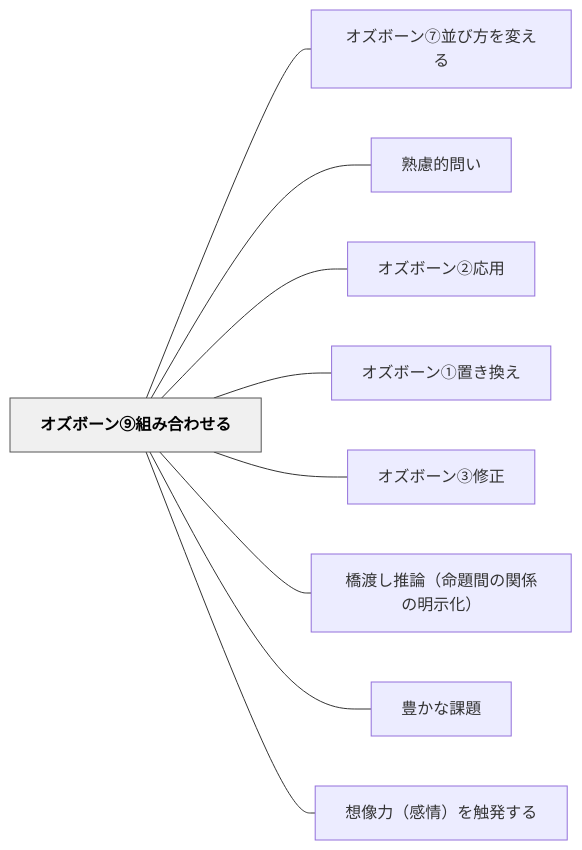
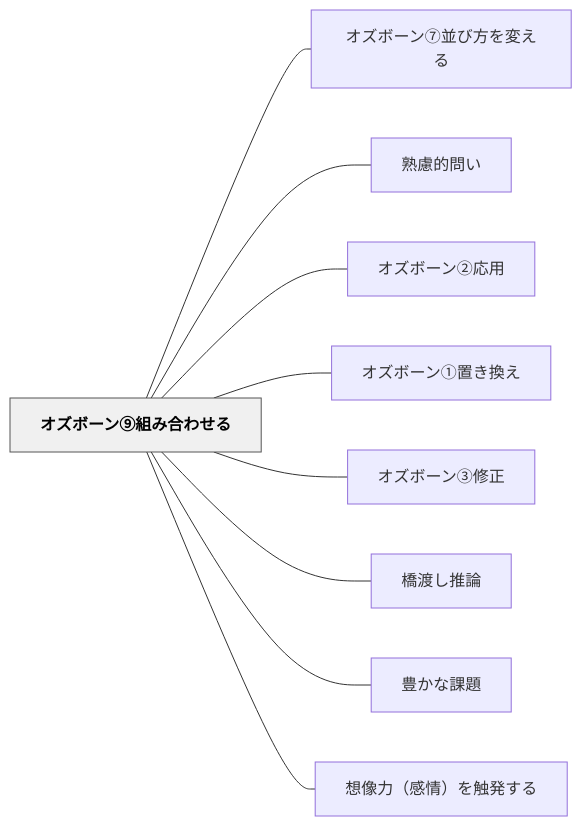
One commit to unknownthings-ed-patterns/unknownthings-ed-patterns changed the diagram in content/パタン/オズボーン⑨組み合わせる.md. Above: the diagram before and after it, drawn with Mermaid. The commit also changed other lines of this file and 18 other files, not shown here.

````diff
--- a/content/パタン/オズボーン⑨組み合わせる.md
+++ b/content/パタン/オズボーン⑨組み合わせる.md
@@ -48,24 +48,24 @@
 ```mermaid
 flowchart LR
     ne382aae382bae3839ce383bce383b3e291a8e7b584e381bfe59088e3828fe3819be3828b["オズボーン⑨組み合わせる"]
     ne382aae382bae3839ce383bce383b3e291a6e4b8a6e381b3e696b9e38292e5a489e38188e3828b["オズボーン⑦並び方を変える"]
     ne7869fe685aee79a84e5958fe38184["熟慮的問い"]
     ne382aae382bae3839ce383bce383b3e291a1e5bf9ce794a8["オズボーン②応用"]
     ne382aae382bae3839ce383bce383b3e291a0e7bdaee3818de68f9be38188["オズボーン①置き換え"]
     ne382aae382bae3839ce383bce383b3e291a2e4bfaee6ada3["オズボーン③修正"]
-    ne6a98be6b8a1e38197e68ea8e8ab96efbc88e591bde9a18ce99693e381aee996a2e4bf82e381aee6988ee7a4bae58c96efbc89["橋渡し推論（命題間の関係の明示化）"]
+    ne6a98be6b8a1e38197e68ea8e8ab96["橋渡し推論"]
     ne8b18ae3818be381aae8aab2e9a18c["豊かな課題"]
     ne683b3e5838fe58a9befbc88e6849fe68385efbc89e38292e8a7a6e799bae38199e3828b["想像力（感情）を触発する"]
 
     ne382aae382bae3839ce383bce383b3e291a8e7b584e381bfe59088e3828fe3819be3828b --- ne382aae382bae3839ce383bce383b3e291a6e4b8a6e381b3e696b9e38292e5a489e38188e3828b
     ne382aae382bae3839ce383bce383b3e291a8e7b584e381bfe59088e3828fe3819be3828b --- ne7869fe685aee79a84e5958fe38184
     ne382aae382bae3839ce383bce383b3e291a8e7b584e381bfe59088e3828fe3819be3828b --- ne382aae382bae3839ce383bce383b3e291a1e5bf9ce794a8
     ne382aae382bae3839ce383bce383b3e291a8e7b584e381bfe59088e3828fe3819be3828b --- ne382aae382bae3839ce383bce383b3e291a0e7bdaee3818de68f9be38188
     ne382aae382bae3839ce383bce383b3e291a8e7b584e381bfe59088e3828fe3819be3828b --- ne382aae382bae3839ce383bce383b3e291a2e4bfaee6ada3
-    ne382aae382bae3839ce383bce383b3e291a8e7b584e381bfe59088e3828fe3819be3828b --- ne6a98be6b8a1e38197e68ea8e8ab96efbc88e591bde9a18ce99693e381aee996a2e4bf82e381aee6988ee7a4bae58c96efbc89
+    ne382aae382bae3839ce383bce383b3e291a8e7b584e381bfe59088e3828fe3819be3828b --- ne6a98be6b8a1e38197e68ea8e8ab96
     ne382aae382bae3839ce383bce383b3e291a8e7b584e381bfe59088e3828fe3819be3828b --- ne8b18ae3818be381aae8aab2e9a18c
     ne382aae382bae3839ce383bce383b3e291a8e7b584e381bfe59088e3828fe3819be3828b --- ne683b3e5838fe58a9befbc88e6849fe68385efbc89e38292e8a7a6e799bae38199e3828b
 
     classDef hub fill:#f0f0f0,stroke:#555,color:#000,font-weight:bold
     class ne382aae382bae3839ce383bce383b3e291a8e7b584e381bfe59088e3828fe3819be3828b hub
 ```
````
